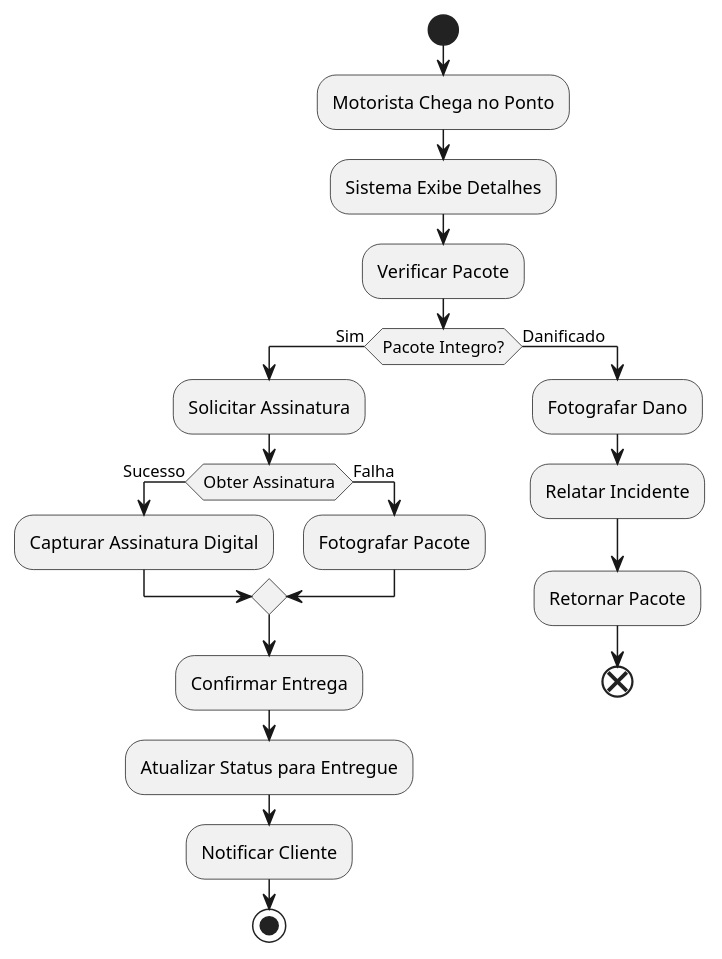
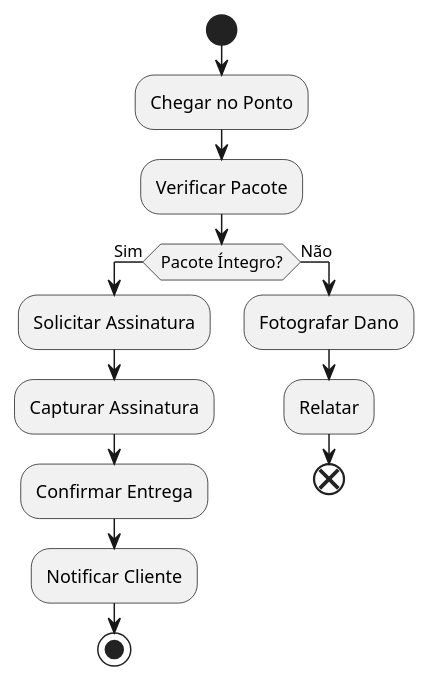
One commit to juliaovidio/Desenvolvimento-de-Sistemas-M-veis changed the fifth of 10 diagrams in docs/documentacao_casoUso.md. Above: the diagram before and after it, drawn with PlantUML. The commit also changed other lines of this file, not shown here.

````diff
--- a/docs/documentacao_casoUso.md
+++ b/docs/documentacao_casoUso.md
@@ -209,25 +230,18 @@
 ```plantuml
-@startuml UC05_Registrar_Entrega
+@startuml UC05
 start
-:Motorista Chega no Ponto;
-:Sistema Exibe Detalhes;
+:Chegar no Ponto;
 :Verificar Pacote;
-if (Pacote Integro?) then (Sim)
+if (Pacote Íntegro?) then (Sim)
   :Solicitar Assinatura;
-  if (Obter Assinatura) then (Sucesso)
-    :Capturar Assinatura Digital;
-  else (Falha)
-    :Fotografar Pacote;
-  endif
+  :Capturar Assinatura;
   :Confirmar Entrega;
-  :Atualizar Status para Entregue;
   :Notificar Cliente;
   stop
-else (Danificado)
+else (Não)
   :Fotografar Dano;
-  :Relatar Incidente;
-  :Retornar Pacote;
+  :Relatar;
   end
 endif
 @enduml
 ```
````
